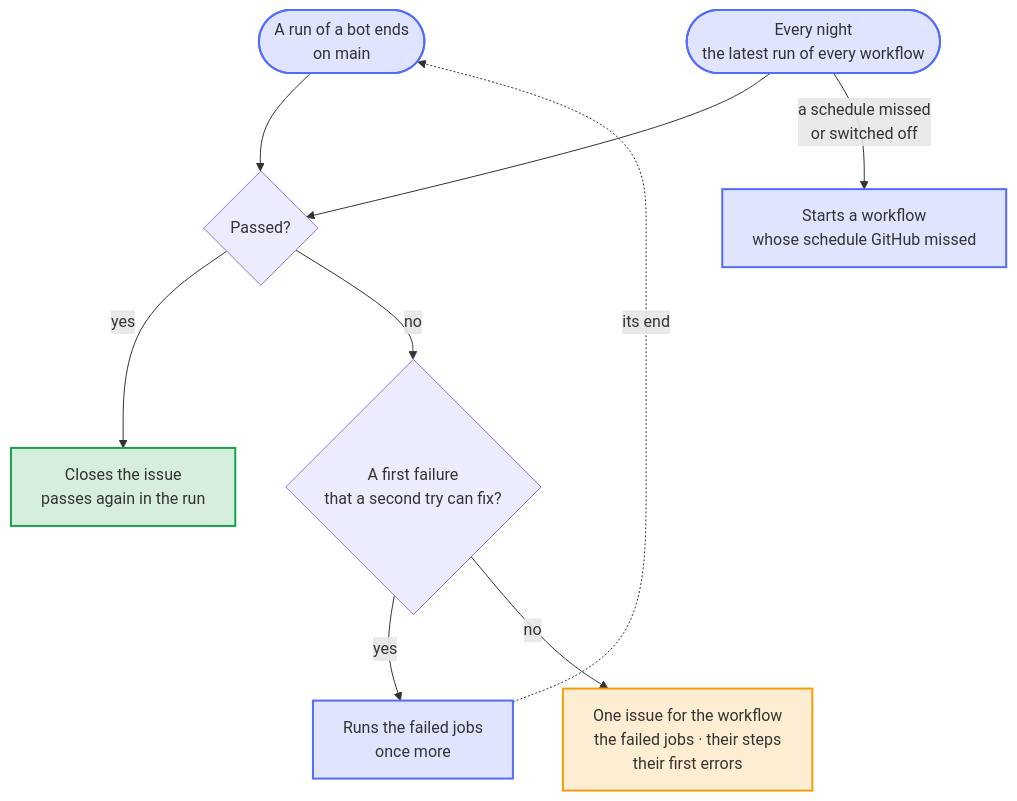
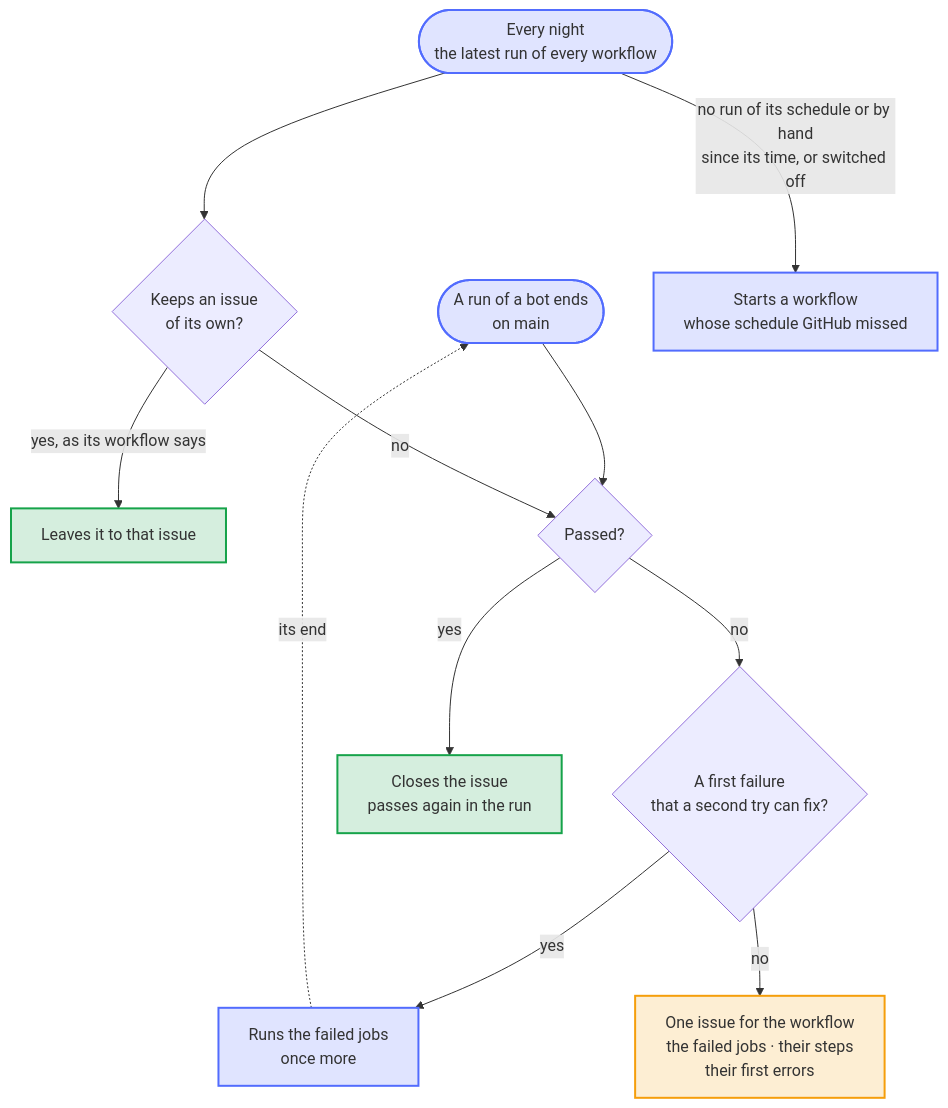
The diagram in docs/diagrams/what-the-bot-health-bot-does-when-a-bot-fails.mmd (Dennis-Otto/repo-blueprint), drawn with Mermaid before and after one commit. The commit also changed 18 other files, not shown here.

First line of the commit message:
fix(bot-health): skip project workflows that keep their own issue, and let a push run no longer hide a missed schedule

```diff
--- a/docs/diagrams/what-the-bot-health-bot-does-when-a-bot-fails.mmd
+++ b/docs/diagrams/what-the-bot-health-bot-does-when-a-bot-fails.mmd
@@ -1,33 +1,37 @@
 ---
 config:
   flowchart:
     wrappingWidth: 400
 ---
 flowchart TB
     accTitle: What the bot-health bot does when a bot fails
-    accDescr: When a run of a bot or a scheduled workflow ends on the default branch, the bot-health bot looks at it; runs of pull requests start nothing. A first failure that a second try can fix runs its failed jobs once more. A failure that stays opens one issue for the workflow, or updates it, with the failed jobs, their steps and their first errors. A run that passes closes the issue. Every night, the bot looks at the latest run of every workflow, in case GitHub lost an event, and starts a workflow whose schedule GitHub missed or switched off.
+    accDescr: When a run of a bot or a scheduled workflow ends on the default branch, the bot-health bot looks at it; runs of pull requests start nothing. A first failure that a second try can fix runs its failed jobs once more. A failure that stays opens one issue for the workflow, or updates it, with the failed jobs, their steps and their first errors. A run that passes closes the issue. Every night, the bot looks at the latest run of every workflow, in case GitHub lost an event, but leaves a workflow that keeps an issue of its own to that issue. It starts a workflow whose schedule GitHub missed or switched off: one with no run of its schedule or by hand since the time of its schedule, whatever pushes ran it since.
 
     run(["A run of a bot ends<br>on main"])
     nightly(["Every night<br>the latest run of every workflow"])
+    own{"Keeps an issue<br>of its own?"}
+    left["Leaves it to that issue"]
     passed{"Passed?"}
     first{"A first failure<br>that a second try can fix?"}
     again["Runs the failed jobs<br>once more"]
     issue["One issue for the workflow<br>the failed jobs · their steps<br>their first errors"]
     closed["Closes the issue<br>passes again in the run"]
     missed["Starts a workflow<br>whose schedule GitHub missed"]
 
     run --> passed
-    nightly --> passed
-    nightly -- "a schedule missed<br>or switched off" --> missed
+    nightly --> own
+    own -- "yes, as its workflow says" --> left
+    own -- "no" --> passed
+    nightly -- "no run of its schedule or by hand<br>since its time, or switched off" --> missed
     passed -- "yes" --> closed
     passed -- "no" --> first
     first -- "yes" --> again
     again -. "its end" .-> run
     first -- "no" --> issue
 
     classDef bot fill:#526cfe2e,stroke:#526cfe,stroke-width:2px
     classDef person fill:#f59e0b2e,stroke:#f59e0b,stroke-width:2px
     classDef done fill:#16a34a2e,stroke:#16a34a,stroke-width:2px
     class run,nightly,again,missed bot
     class issue person
-    class closed done
+    class closed,left done
```
